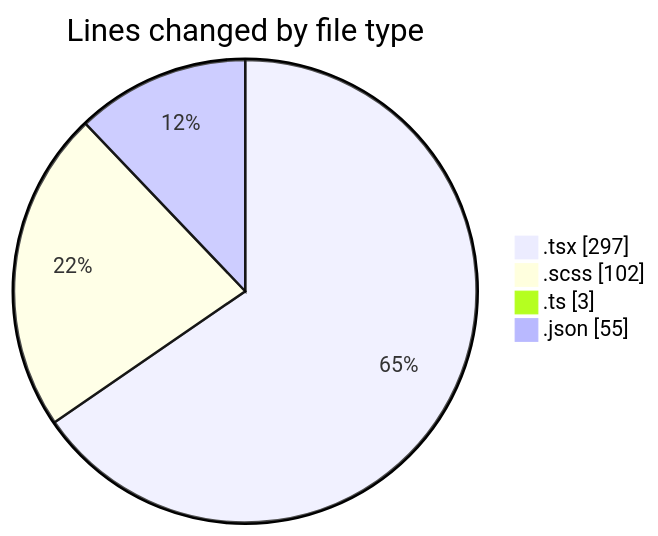
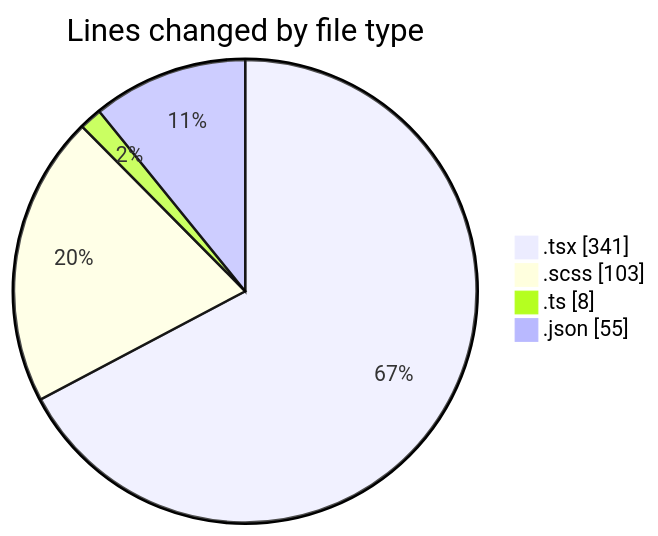
Before and after one commit to momahboobian/code-tracking: the first of 2 diagrams in 2026-10-30/cda/README.md, drawn with Mermaid. The commit also changed other lines of this file and 1 other file, not shown here.

````diff
--- a/2026-10-30/cda/README.md
+++ b/2026-10-30/cda/README.md
@@ -25,8 +26,8 @@
 ```mermaid
 pie showData
 title Lines changed by file type
-".tsx" : 297
-".scss" : 102
-".ts" : 3
+".tsx" : 341
+".scss" : 103
+".ts" : 8
 ".json" : 55
 ```
````
